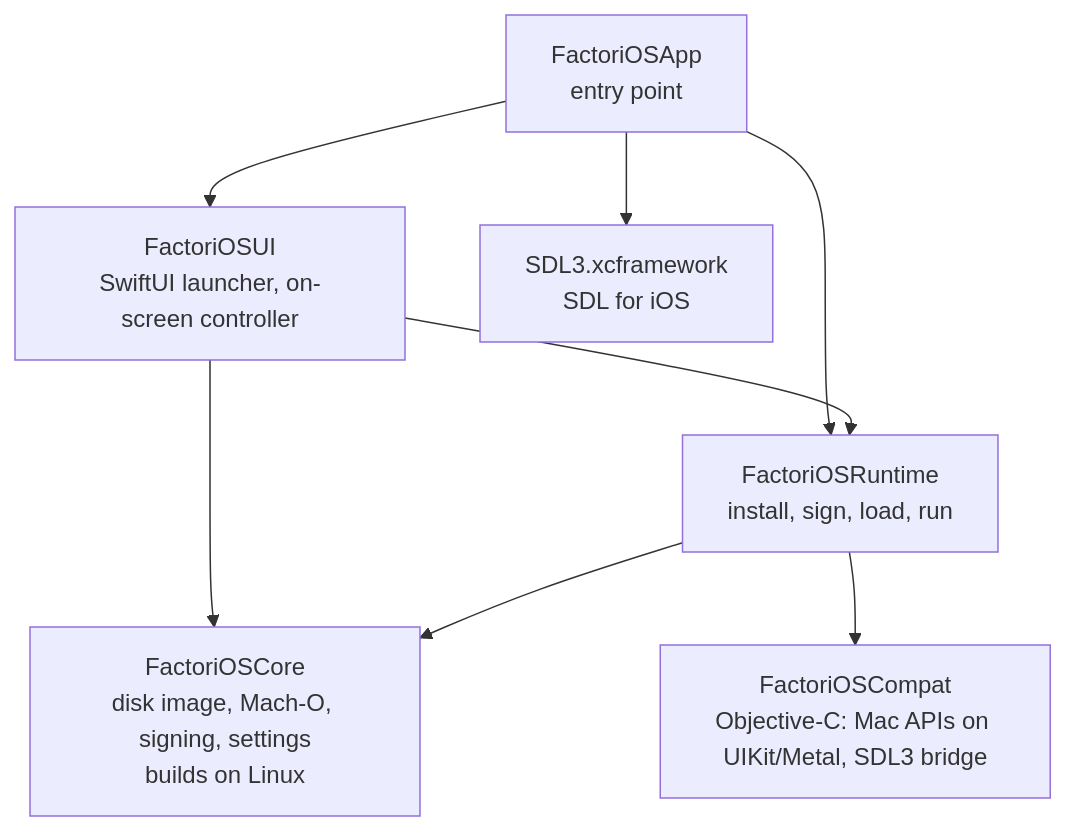
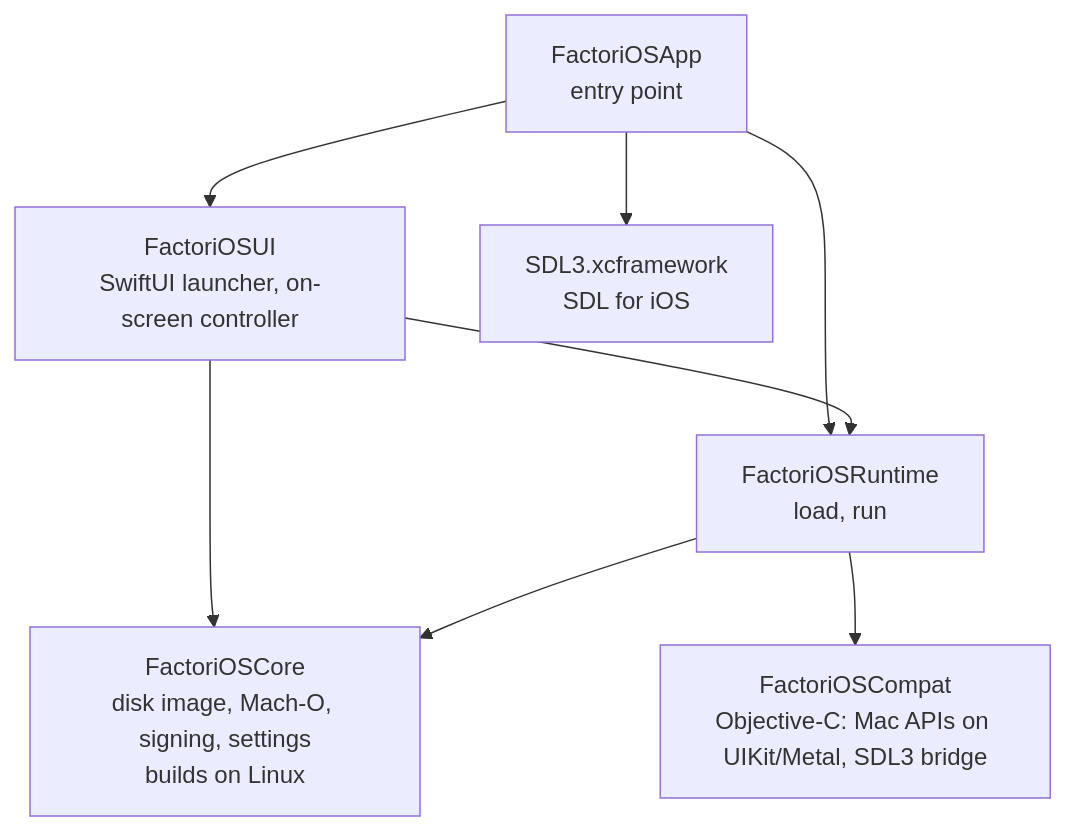
One commit to klesersurovyj-a11y/factorios changed the first of 2 diagrams in docs/architecture.md. Above: the diagram before and after it, drawn with Mermaid. The commit also changed other lines of this file and 23 other files, not shown here.

````diff
--- a/docs/architecture.md
+++ b/docs/architecture.md
@@ -6,10 +6,10 @@
 ```mermaid
 flowchart TB
     App[FactoriOSApp<br/>entry point] --> UI[FactoriOSUI<br/>SwiftUI launcher, on-screen controller]
     App --> Runtime
-    UI --> Runtime[FactoriOSRuntime<br/>install, sign, load, run]
+    UI --> Runtime[FactoriOSRuntime<br/>load, run]
     UI --> Core
     Runtime --> Core[FactoriOSCore<br/>disk image, Mach-O, signing, settings<br/>builds on Linux]
     Runtime --> Compat[FactoriOSCompat<br/>Objective-C: Mac APIs on UIKit/Metal, SDL3 bridge]
     App --> SDL[SDL3.xcframework<br/>SDL for iOS]
 ```
````
